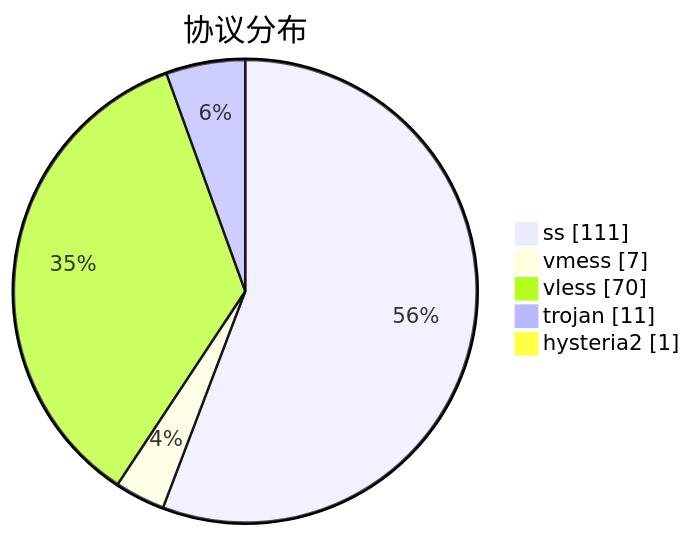
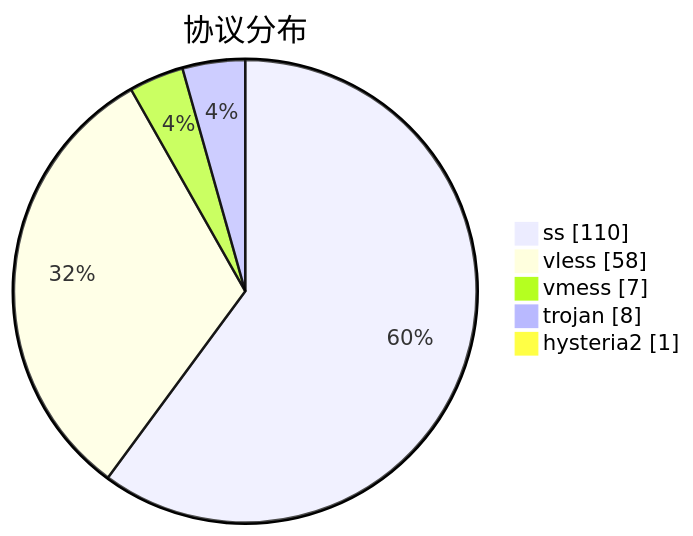
The third of 3 diagrams in subs/statistics/tested_within.md (qjlxg/airport), drawn with Mermaid before and after one commit. The commit also changed other lines of this file and 2 other files, not shown here.

````diff
--- a/subs/statistics/tested_within.md
+++ b/subs/statistics/tested_within.md
@@ -27,9 +27,9 @@
 ```mermaid
 pie showData
 title 协议分布
-"ss" : 111
+"ss" : 110
+"vless" : 58
 "vmess" : 7
-"vless" : 70
-"trojan" : 11
+"trojan" : 8
 "hysteria2" : 1
 ```
````
